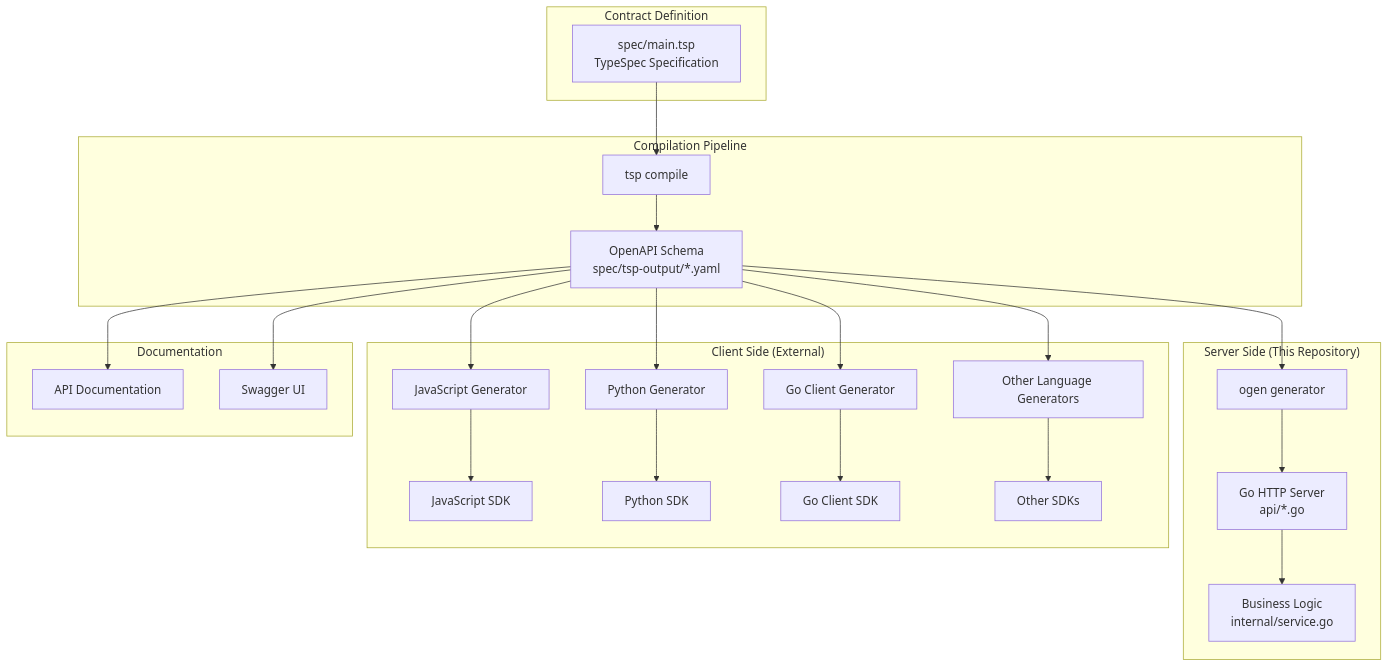
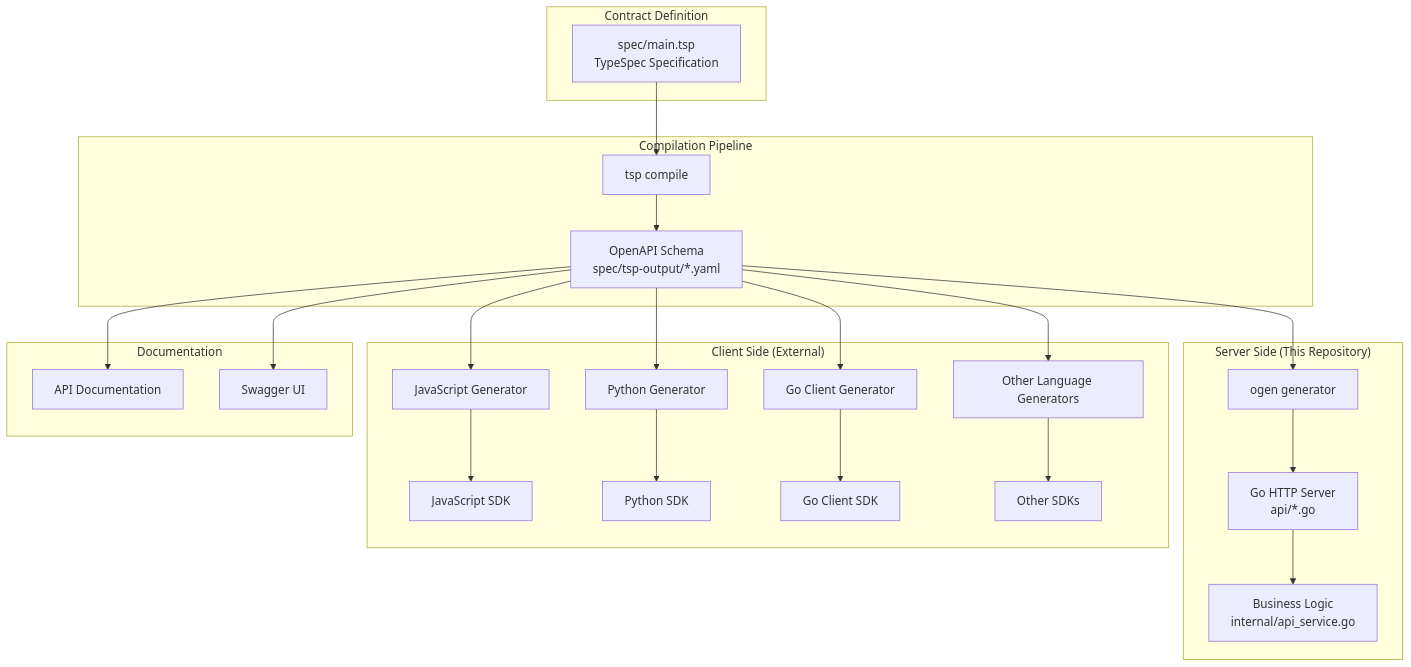
The diagram in docs/design-docs/002-api-contract-ecosystem.md (thara/facility_reservation_go), drawn with Mermaid before and after one commit. The commit also changed other lines of this file and 6 other files, not shown here.

````diff
--- a/docs/design-docs/002-api-contract-ecosystem.md
+++ b/docs/design-docs/002-api-contract-ecosystem.md
@@ -35,53 +35,53 @@
 ```mermaid
 graph TB
     subgraph "Contract Definition"
         TSP[spec/main.tsp<br/>TypeSpec Specification]
     end
     
     subgraph "Compilation Pipeline"
         TSPCompile[tsp compile]
         OpenAPI[OpenAPI Schema<br/>spec/tsp-output/*.yaml]
     end
     
     subgraph "Server Side (This Repository)"
         Ogen[ogen generator]
         GoServer[Go HTTP Server<br/>api/*.go]
-        Service[Business Logic<br/>internal/service.go]
+        Service[Business Logic<br/>internal/api_service.go]
     end
     
     subgraph "Client Side (External)"
         JSGen[JavaScript Generator]
         PyGen[Python Generator]
         GoClientGen[Go Client Generator]
         OtherGen[Other Language Generators]
         
         JSClient[JavaScript SDK]
         PyClient[Python SDK]
         GoClient[Go Client SDK]
         OtherClients[Other SDKs]
     end
     
     subgraph "Documentation"
         APIDocs[API Documentation]
         SwaggerUI[Swagger UI]
     end
     
     TSP --> TSPCompile
     TSPCompile --> OpenAPI
     
     OpenAPI --> Ogen
     OpenAPI --> JSGen
     OpenAPI --> PyGen
     OpenAPI --> GoClientGen
     OpenAPI --> OtherGen
     OpenAPI --> APIDocs
     OpenAPI --> SwaggerUI
     
     Ogen --> GoServer
     GoServer --> Service
     
     JSGen --> JSClient
     PyGen --> PyClient
     GoClientGen --> GoClient
     OtherGen --> OtherClients
 ```
````
